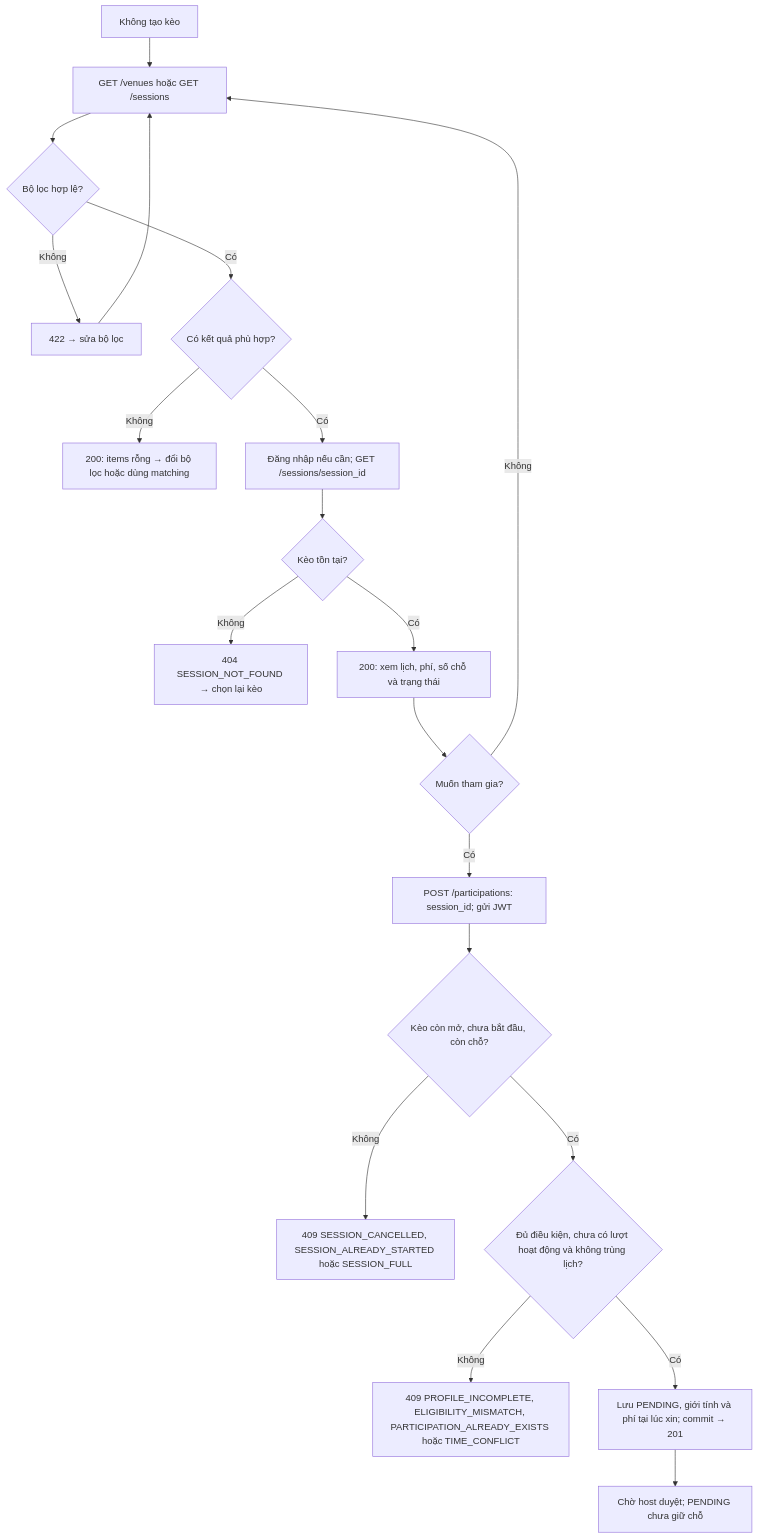
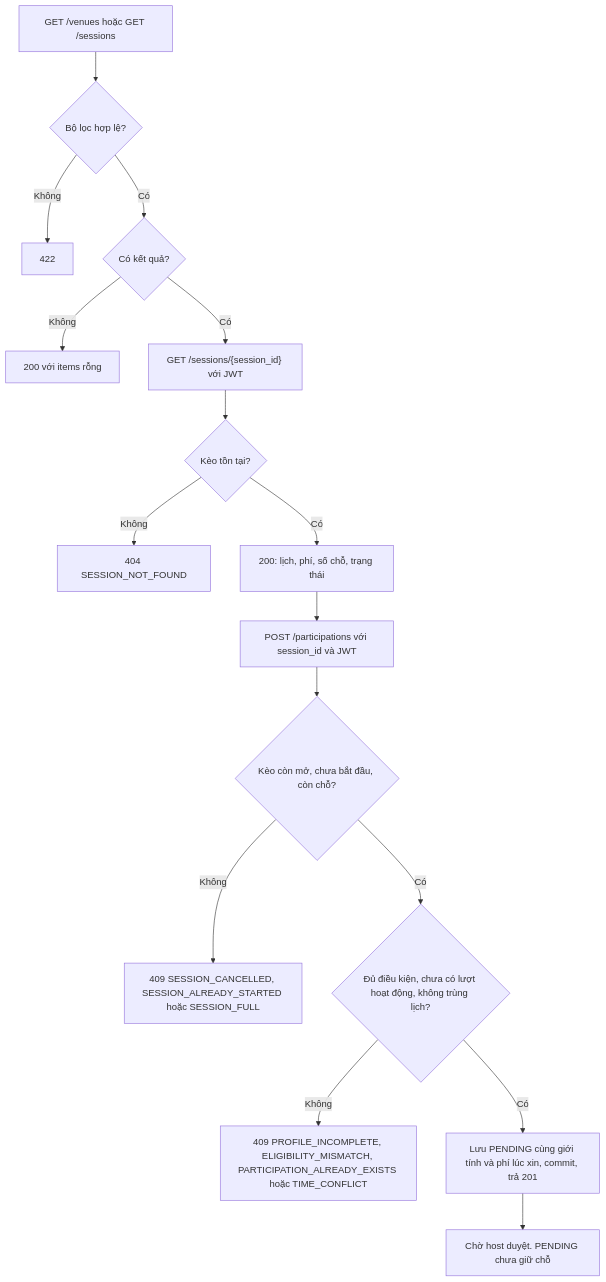
The third of 6 diagrams in docs/tuan-2-xay-dung/luong-nghiep-vu.md (datdooo/matchmate-backend), drawn with Mermaid before and after one commit. The commit also changed other lines of this file and 5 other files, not shown here.

````diff
--- a/docs/tuan-2-xay-dung/luong-nghiep-vu.md
+++ b/docs/tuan-2-xay-dung/luong-nghiep-vu.md
@@ -86,22 +82,18 @@
 ```mermaid
 flowchart TD
-    A["Không tạo kèo"] --> B["GET /venues hoặc GET /sessions"]
-    B --> C{"Bộ lọc hợp lệ?"}
-    C -->|Không| D["422 → sửa bộ lọc"]
-    D --> B
-    C -->|Có| E{"Có kết quả phù hợp?"}
-    E -->|Không| F["200: items rỗng → đổi bộ lọc hoặc dùng matching"]
-    E -->|Có| G["Đăng nhập nếu cần; GET /sessions/session_id"]
-    G --> H{"Kèo tồn tại?"}
-    H -->|Không| I["404 SESSION_NOT_FOUND → chọn lại kèo"]
-    H -->|Có| J["200: xem lịch, phí, số chỗ và trạng thái"]
-    J --> K{"Muốn tham gia?"}
-    K -->|Không| B
-    K -->|Có| L["POST /participations: session_id; gửi JWT"]
-    L --> M{"Kèo còn mở, chưa bắt đầu, còn chỗ?"}
-    M -->|Không| N["409 SESSION_CANCELLED, SESSION_ALREADY_STARTED hoặc SESSION_FULL"]
-    M -->|Có| O{"Đủ điều kiện, chưa có lượt hoạt động và không trùng lịch?"}
-    O -->|Không| P["409 PROFILE_INCOMPLETE, ELIGIBILITY_MISMATCH, PARTICIPATION_ALREADY_EXISTS hoặc TIME_CONFLICT"]
-    O -->|Có| Q["Lưu PENDING, giới tính và phí tại lúc xin; commit → 201"]
-    Q --> R["Chờ host duyệt; PENDING chưa giữ chỗ"]
+    A["GET /venues hoặc GET /sessions"] --> B{"Bộ lọc hợp lệ?"}
+    B -->|Không| C["422"]
+    B -->|Có| D{"Có kết quả?"}
+    D -->|Không| E["200 với items rỗng"]
+    D -->|Có| F["GET /sessions/{session_id} với JWT"]
+    F --> G{"Kèo tồn tại?"}
+    G -->|Không| H["404 SESSION_NOT_FOUND"]
+    G -->|Có| I["200: lịch, phí, số chỗ, trạng thái"]
+    I --> J["POST /participations với session_id và JWT"]
+    J --> K{"Kèo còn mở, chưa bắt đầu, còn chỗ?"}
+    K -->|Không| L["409 SESSION_CANCELLED, SESSION_ALREADY_STARTED hoặc SESSION_FULL"]
+    K -->|Có| M{"Đủ điều kiện, chưa có lượt hoạt động, không trùng lịch?"}
+    M -->|Không| N["409 PROFILE_INCOMPLETE, ELIGIBILITY_MISMATCH, PARTICIPATION_ALREADY_EXISTS hoặc TIME_CONFLICT"]
+    M -->|Có| O["Lưu PENDING cùng giới tính và phí lúc xin, commit, trả 201"]
+    O --> P["Chờ host duyệt. PENDING chưa giữ chỗ"]
 ```
````
